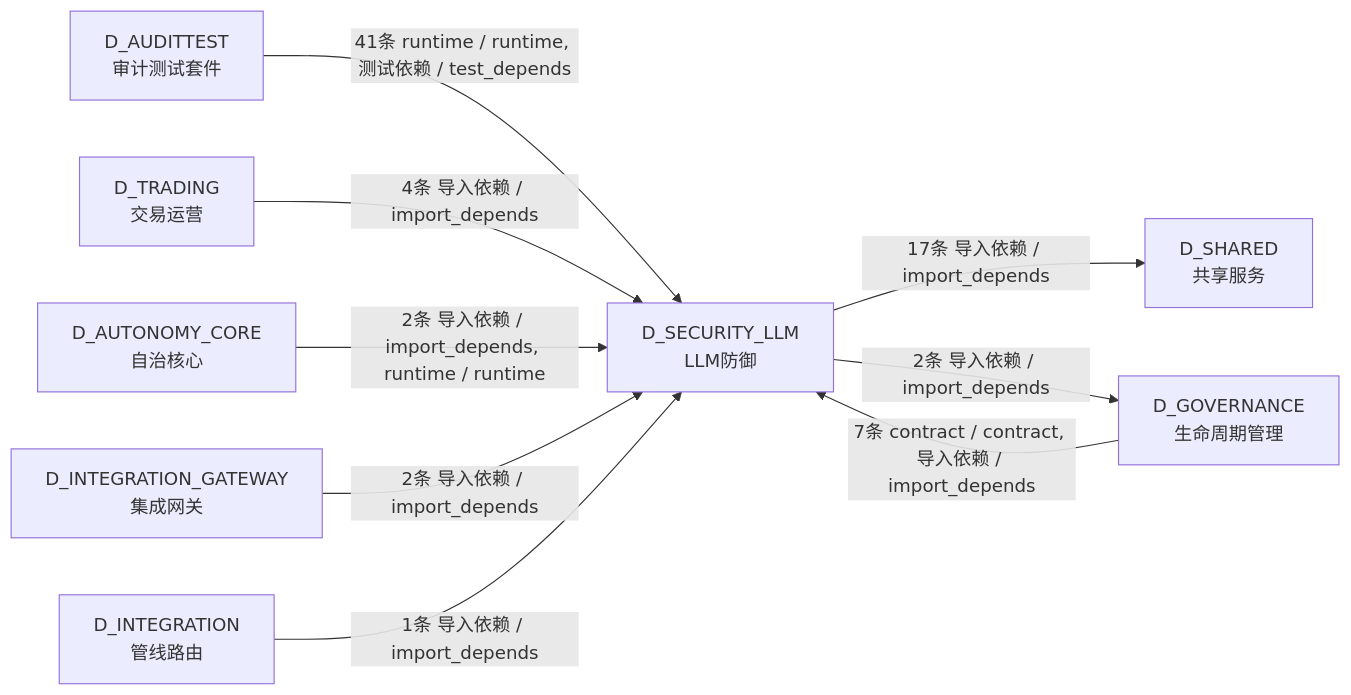
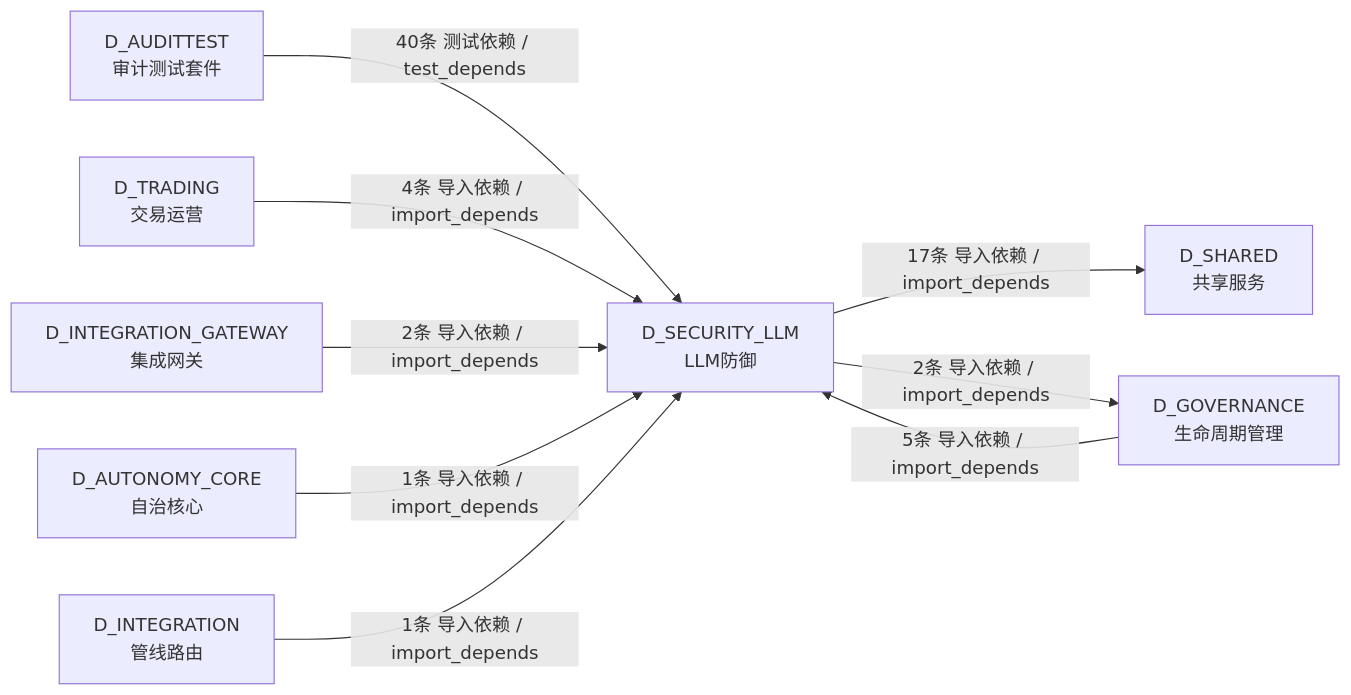
The fifth of 5 diagrams in docs/02_enterprise_architecture/02_domain_architecture_docs/18_d_security_llm.md (xuanFelixVan/ZephyrAlpha), drawn with Mermaid before and after one commit. The commit also changed other lines of this file and 100 other files, not shown here.

````diff
--- a/docs/02_enterprise_architecture/02_domain_architecture_docs/18_d_security_llm.md
+++ b/docs/02_enterprise_architecture/02_domain_architecture_docs/18_d_security_llm.md
@@ -520,19 +516,19 @@
 ```mermaid
 graph LR
     D_SECURITY_LLM["D_SECURITY_LLM<br/>LLM防御"]
     D_SHARED["D_SHARED<br/>共享服务"]
     D_GOVERNANCE["D_GOVERNANCE<br/>生命周期管理"]
     D_AUDITTEST["D_AUDITTEST<br/>审计测试套件"]
     D_TRADING["D_TRADING<br/>交易运营"]
+    D_INTEGRATION_GATEWAY["D_INTEGRATION_GATEWAY<br/>集成网关"]
     D_AUTONOMY_CORE["D_AUTONOMY_CORE<br/>自治核心"]
-    D_INTEGRATION_GATEWAY["D_INTEGRATION_GATEWAY<br/>集成网关"]
     D_INTEGRATION["D_INTEGRATION<br/>管线路由"]
     D_SECURITY_LLM -->|17条 导入依赖 / import_depends| D_SHARED
     D_SECURITY_LLM -->|2条 导入依赖 / import_depends| D_GOVERNANCE
-    D_AUDITTEST -->|41条 runtime / runtime, 测试依赖 / test_depends| D_SECURITY_LLM
-    D_GOVERNANCE -->|7条 contract / contract, 导入依赖 / import_depends| D_SECURITY_LLM
+    D_AUDITTEST -->|40条 测试依赖 / test_depends| D_SECURITY_LLM
+    D_GOVERNANCE -->|5条 导入依赖 / import_depends| D_SECURITY_LLM
     D_TRADING -->|4条 导入依赖 / import_depends| D_SECURITY_LLM
-    D_AUTONOMY_CORE -->|2条 导入依赖 / import_depends, runtime / runtime| D_SECURITY_LLM
     D_INTEGRATION_GATEWAY -->|2条 导入依赖 / import_depends| D_SECURITY_LLM
+    D_AUTONOMY_CORE -->|1条 导入依赖 / import_depends| D_SECURITY_LLM
     D_INTEGRATION -->|1条 导入依赖 / import_depends| D_SECURITY_LLM
 ```
````
